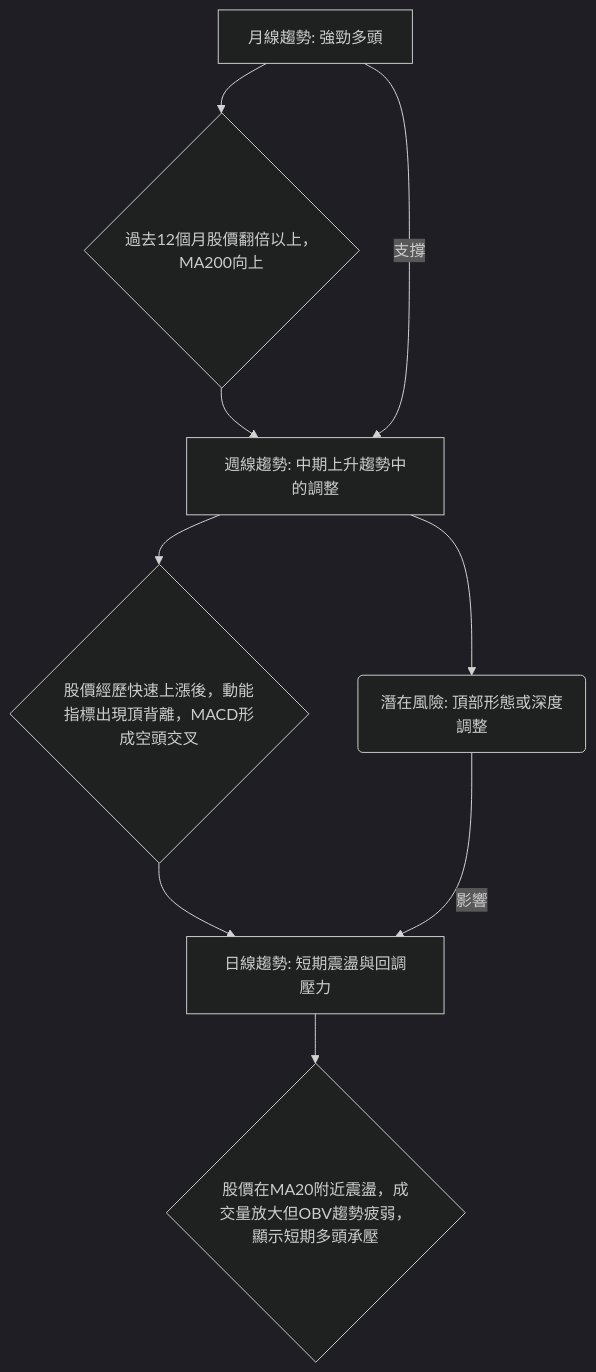
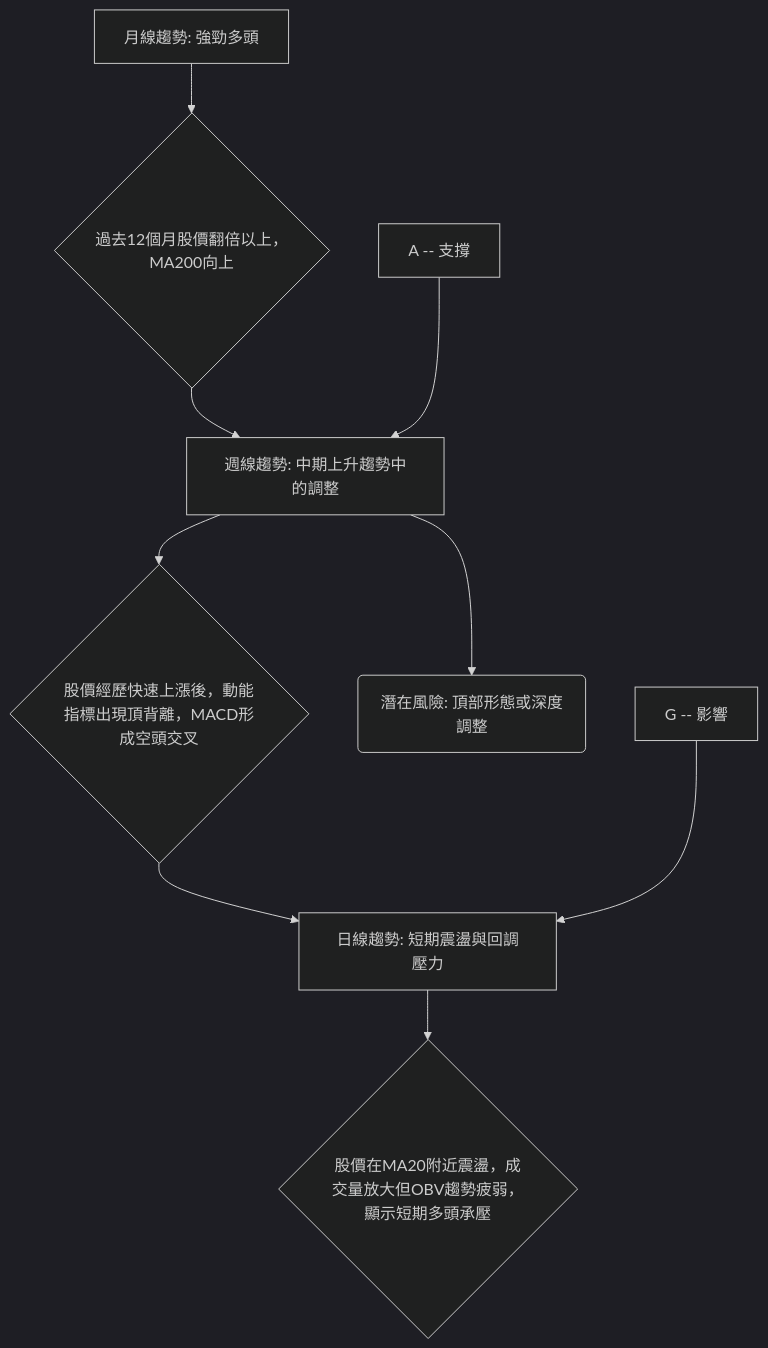
Before and after one commit to yennanliu/finance_data: the second of 5 diagrams in ai_gen_report/stock/amd/technical_analysis_2026-06-27_gemini.md, drawn with Mermaid (dark theme). The commit also changed other lines of this file and 2258 other files, not shown here.

First line of the commit message:
chore: backfill Mermaid syntax repair across existing reports

````diff
--- a/ai_gen_report/stock/amd/technical_analysis_2026-06-27_gemini.md
+++ b/ai_gen_report/stock/amd/technical_analysis_2026-06-27_gemini.md
@@ -112,11 +112,11 @@
 ```mermaid
 graph TD
-    A[月線趨勢: 強勁多頭] --> B{過去12個月股價翻倍以上，MA200向上}
-    B --> C[週線趨勢: 中期上升趨勢中的調整]
-    C --> D{股價經歷快速上漲後，動能指標出現頂背離，MACD形成空頭交叉}
-    D --> E[日線趨勢: 短期震盪與回調壓力]
-    E --> F{股價在MA20附近震盪，成交量放大但OBV趨勢疲弱，顯示短期多頭承壓}
-    C --> G(潛在風險: 頂部形態或深度調整)
-    G -- 影響 --> E
-    A -- 支撐 --> C
+    A["月線趨勢: 強勁多頭"] --> B{"過去12個月股價翻倍以上，MA200向上"}
+    B --> C["週線趨勢: 中期上升趨勢中的調整"]
+    C --> D{"股價經歷快速上漲後，動能指標出現頂背離，MACD形成空頭交叉"}
+    D --> E["日線趨勢: 短期震盪與回調壓力"]
+    E --> F{"股價在MA20附近震盪，成交量放大但OBV趨勢疲弱，顯示短期多頭承壓"}
+    C --> G("潛在風險: 頂部形態或深度調整")
+    nb1["G -- 影響"] --> E
+    nb2["A -- 支撐"] --> C
 ```
````
